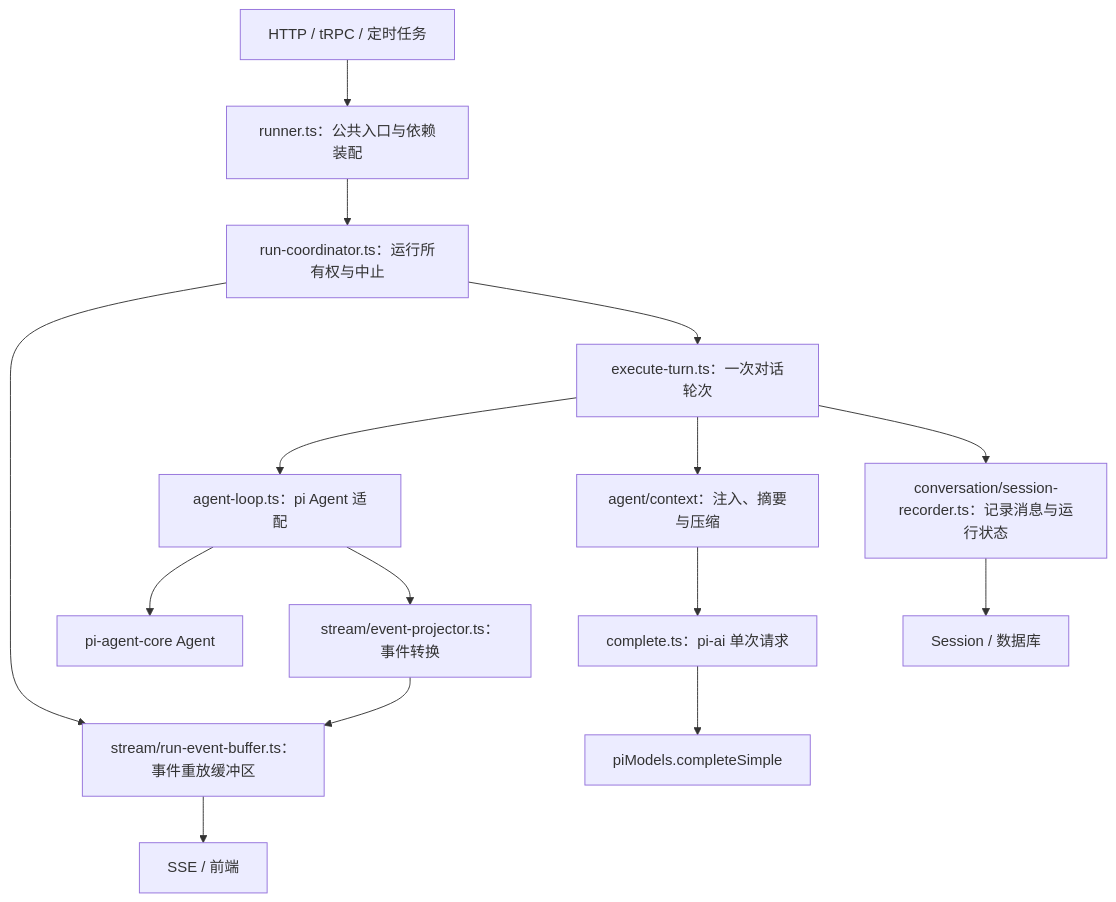
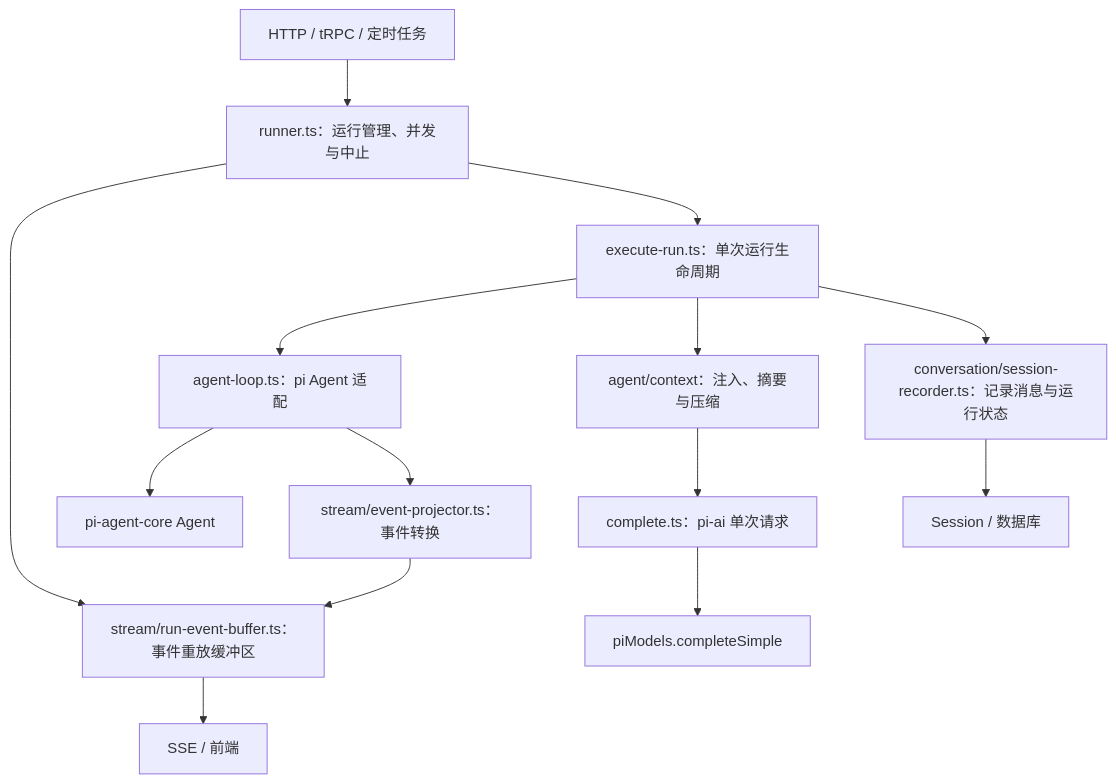
One commit to lhz960904/atrium changed the diagram in src/main/agent/runtime/README.md. Above: the diagram before and after it, drawn with Mermaid. The commit also changed other lines of this file and 24 other files, not shown here.

````diff
--- a/src/main/agent/runtime/README.md
+++ b/src/main/agent/runtime/README.md
@@ -5,17 +5,16 @@
 ```mermaid
 flowchart TD
-  API[HTTP / tRPC / 定时任务] --> Runner[runner.ts：公共入口与依赖装配]
-  Runner --> Coordinator[run-coordinator.ts：运行所有权与中止]
-  Coordinator --> Buffer[stream/run-event-buffer.ts：事件重放缓冲区]
-  Coordinator --> Turn[execute-turn.ts：一次对话轮次]
+  API[HTTP / tRPC / 定时任务] --> Runner[runner.ts：运行管理、并发与中止]
+  Runner --> Buffer[stream/run-event-buffer.ts：事件重放缓冲区]
+  Runner --> Turn[execute-run.ts：单次运行生命周期]
   Turn --> Loop[agent-loop.ts：pi Agent 适配]
   Turn --> Context[agent/context：注入、摘要与压缩]
   Context --> Complete[complete.ts：pi-ai 单次请求]
   Complete --> Models[piModels.completeSimple]
   Loop --> Pi[pi-agent-core Agent]
   Turn --> Recorder[conversation/session-recorder.ts：记录消息与运行状态]
   Recorder --> DB[Session / 数据库]
   Loop --> Projector[stream/event-projector.ts：事件转换]
   Projector --> Buffer
   Buffer --> SSE[SSE / 前端]
 ```
````
